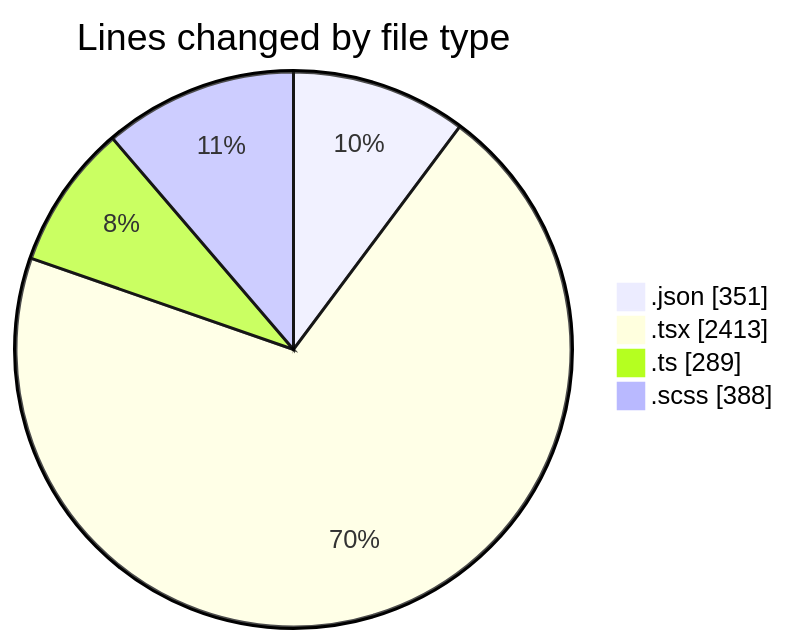
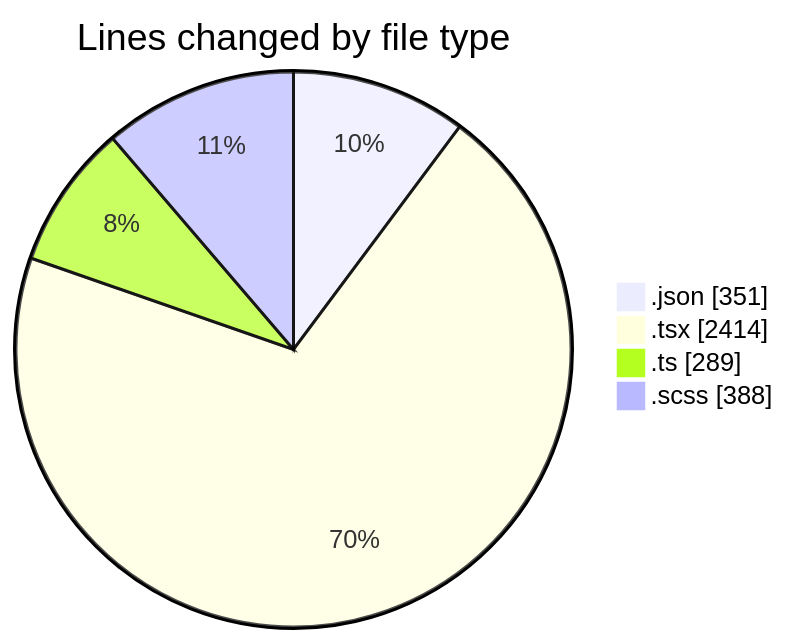
Before and after one commit to momahboobian/code-tracking: the first of 2 diagrams in 2026-04-22/cda/README.md, drawn with Mermaid. The commit also changed other lines of this file and 1 other file, not shown here.

````diff
--- a/2026-04-22/cda/README.md
+++ b/2026-04-22/cda/README.md
@@ -46,8 +46,8 @@
 ```mermaid
 pie showData
 title Lines changed by file type
 ".json" : 351
-".tsx" : 2413
+".tsx" : 2414
 ".ts" : 289
 ".scss" : 388
 ```
````
